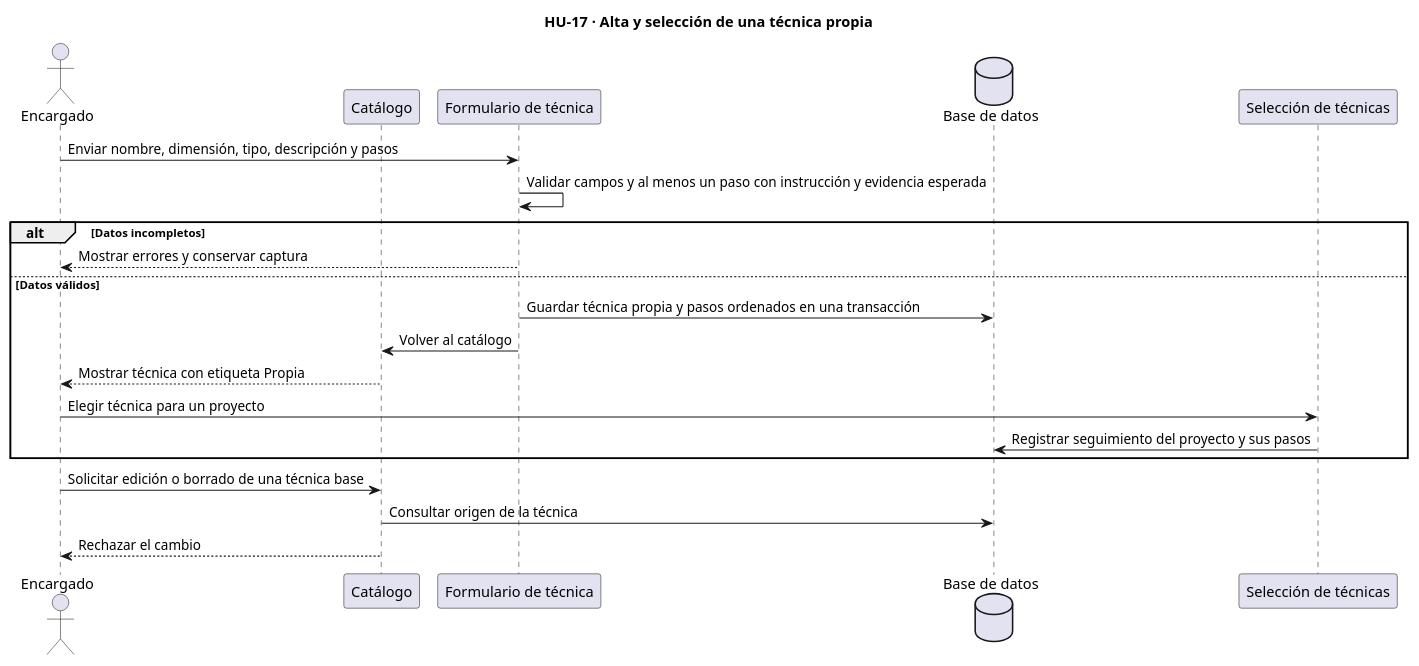
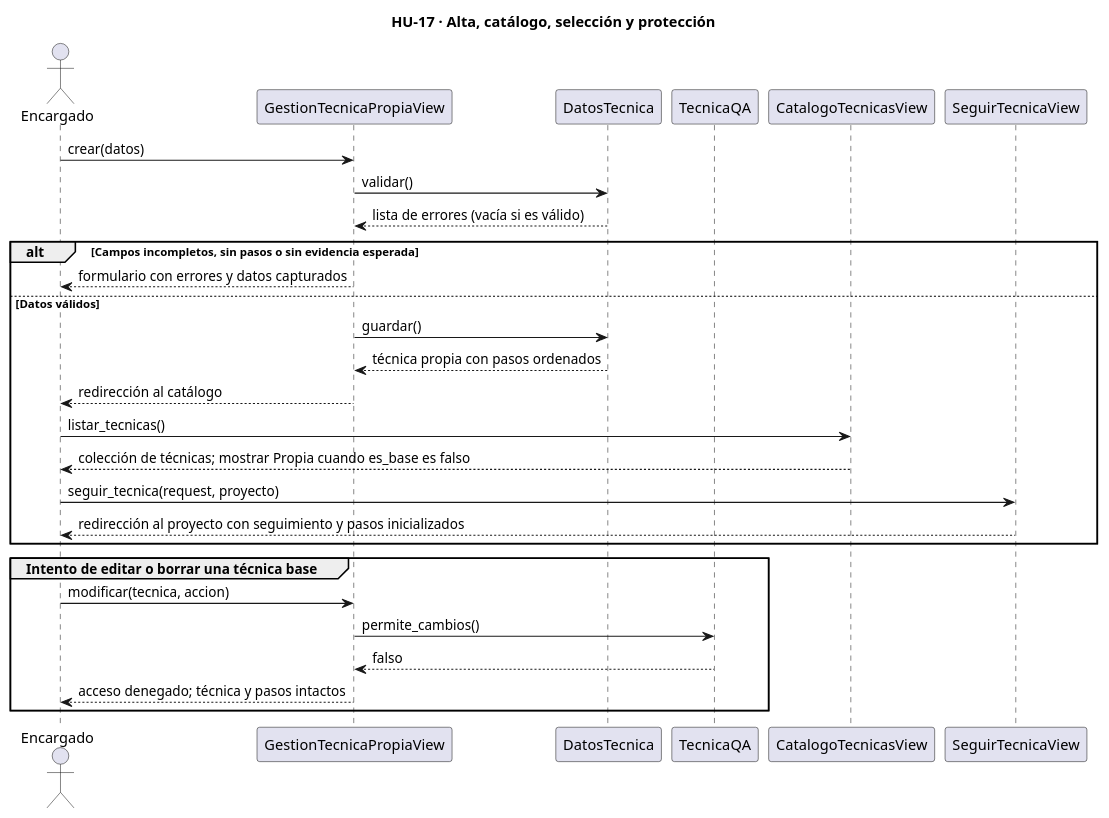
The diagram in diagrams_corregidos/secuencia/hu17_secuencia.puml (Josgtg/QA-Admin), drawn with PlantUML before and after one commit. The commit also changed 5 other files, not shown here.

Commit message:
Verifica altas de modelos y alinea los diagramas de técnicas propias

```diff
--- a/diagrams_corregidos/secuencia/hu17_secuencia.puml
+++ b/diagrams_corregidos/secuencia/hu17_secuencia.puml
@@ -1,22 +1,29 @@
 @startuml
-title HU-17 · Alta y selección de una técnica propia
+title HU-17 · Alta, catálogo, selección y protección
 actor Encargado
-participant Catálogo
-participant "Formulario de técnica" as Alta
-database "Base de datos" as BD
-participant "Selección de técnicas" as Seleccion
-Encargado -> Alta : Enviar nombre, dimensión, tipo, descripción y pasos
-Alta -> Alta : Validar campos y al menos un paso con instrucción y evidencia esperada
-alt Datos incompletos
-  Alta --> Encargado : Mostrar errores y conservar captura
+participant GestionTecnicaPropiaView as Gestion
+participant DatosTecnica as Datos
+participant TecnicaQA as Tecnica
+participant CatalogoTecnicasView as Catalogo
+participant SeguirTecnicaView as Seleccion
+Encargado -> Gestion : crear(datos)
+Gestion -> Datos : validar()
+Datos --> Gestion : lista de errores (vacía si es válido)
+alt Campos incompletos, sin pasos o sin evidencia esperada
+  Gestion --> Encargado : formulario con errores y datos capturados
 else Datos válidos
-  Alta -> BD : Guardar técnica propia y pasos ordenados en una transacción
-  Alta -> Catálogo : Volver al catálogo
-  Catálogo --> Encargado : Mostrar técnica con etiqueta Propia
-  Encargado -> Seleccion : Elegir técnica para un proyecto
-  Seleccion -> BD : Registrar seguimiento del proyecto y sus pasos
+  Gestion -> Datos : guardar()
+  Datos --> Gestion : técnica propia con pasos ordenados
+  Gestion --> Encargado : redirección al catálogo
+  Encargado -> Catalogo : listar_tecnicas()
+  Catalogo --> Encargado : colección de técnicas; mostrar Propia cuando es_base es falso
+  Encargado -> Seleccion : seguir_tecnica(request, proyecto)
+  Seleccion --> Encargado : redirección al proyecto con seguimiento y pasos inicializados
 end
-Encargado -> Catálogo : Solicitar edición o borrado de una técnica base
-Catálogo -> BD : Consultar origen de la técnica
-Catálogo --> Encargado : Rechazar el cambio
+group Intento de editar o borrar una técnica base
+  Encargado -> Gestion : modificar(tecnica, accion)
+  Gestion -> Tecnica : permite_cambios()
+  Tecnica --> Gestion : falso
+  Gestion --> Encargado : acceso denegado; técnica y pasos intactos
+end
 @enduml
```
